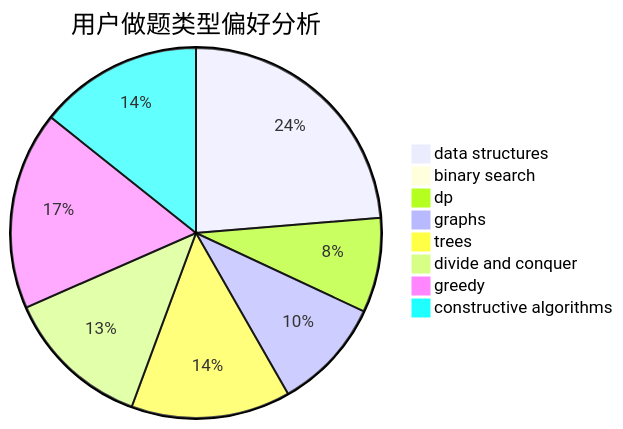
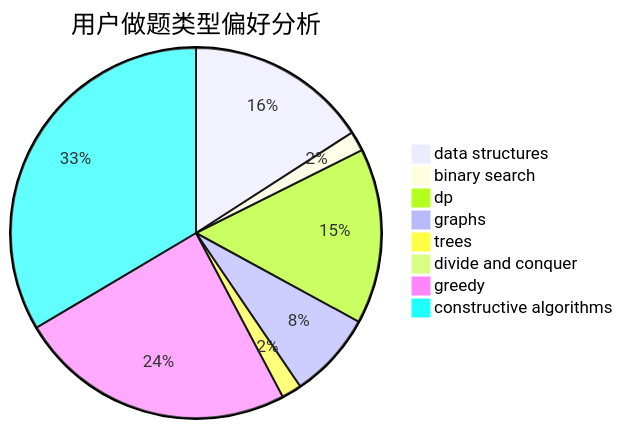
The second of 3 diagrams in docs/user/u2274.md (sherpahu/cfrs.github.io), drawn with Mermaid before and after one commit. The commit also changed other lines of this file and 2770 other files, not shown here.

````diff
--- a/docs/user/u2274.md
+++ b/docs/user/u2274.md
@@ -23,11 +23,11 @@
 ```mermaid
 pie title 用户做题类型偏好分析
-    "data structures" :  63
-    "binary search" :  2
-    "dp" :  22
-    "graphs" :  26
-    "trees" :  37
-    "divide and conquer" :  34
-    "greedy" :  46
-    "constructive algorithms" :  38
+    "data structures" :  82
+    "binary search" :  9
+    "dp" :  79
+    "graphs" :  39
+    "trees" :  9
+    "divide and conquer" :  1
+    "greedy" :  125
+    "constructive algorithms" :  173
 ```
````
